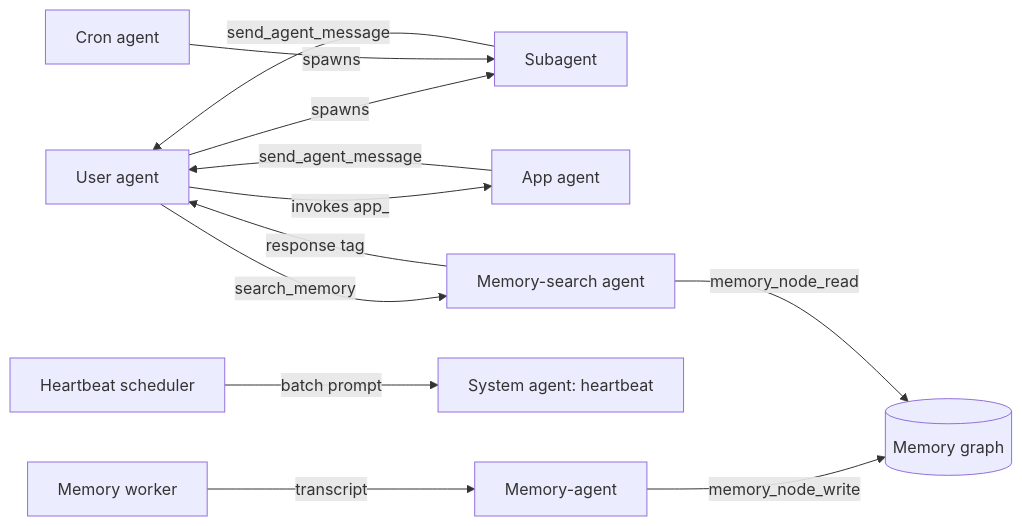
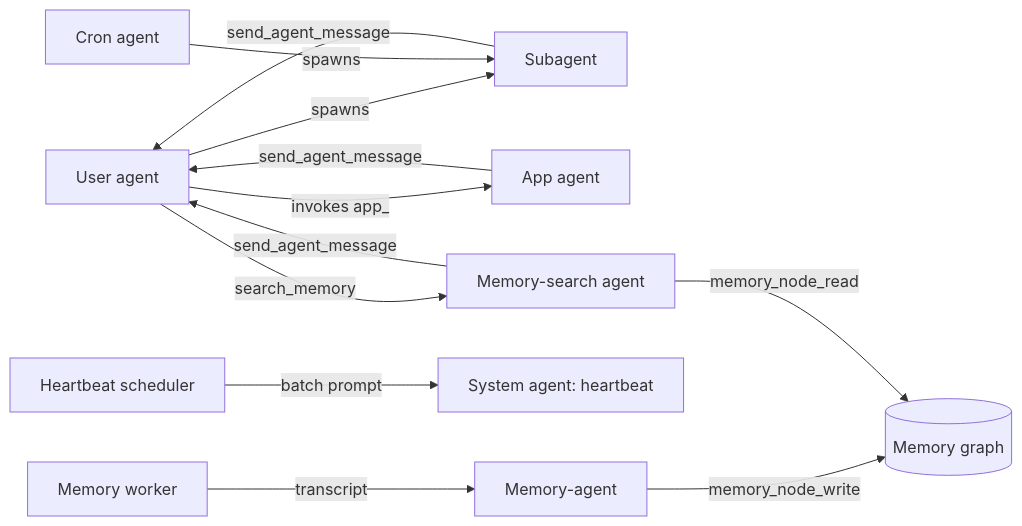
The fifth of 9 diagrams in doc/internals/agent-types.md (ex3ndr/daycare), drawn with Mermaid before and after one commit. The commit also changed other lines of this file and 9 other files, not shown here.

First line of the commit message:
refactor(runtime): replace response tag with send_agent_message tracking

````diff
--- a/doc/internals/agent-types.md
+++ b/doc/internals/agent-types.md
@@ -129,14 +129,14 @@
 ```mermaid
 flowchart LR
   User[User agent] -->|spawns| Subagent[Subagent]
   User -->|invokes app_<name>| AppAgent[App agent]
   User -->|search_memory| MemSearch[Memory-search agent]
   Cron[Cron agent] -->|spawns| Subagent
   Heartbeat[Heartbeat scheduler] -->|batch prompt| HeartbeatAgent[System agent: heartbeat]
   MemWorker[Memory worker] -->|transcript| MemAgent[Memory-agent]
   Subagent -->|send_agent_message| User
   AppAgent -->|send_agent_message| User
-  MemSearch -->|response tag| User
+  MemSearch -->|send_agent_message| User
   MemAgent -->|memory_node_write| Graph[(Memory graph)]
   MemSearch -->|memory_node_read| Graph
 ```
````
